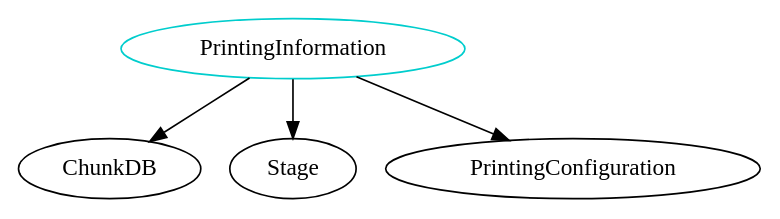
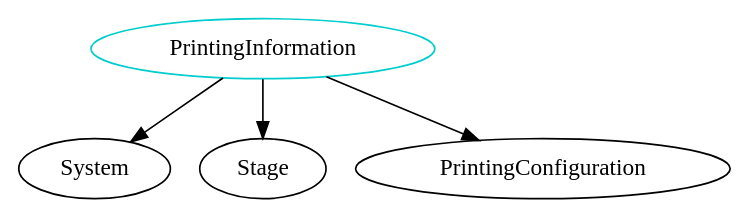
The diagram in analysis/TypeDependencyGraphs/printers/PrintingInformation.dot (JacquesCarette/Drasil), drawn with Graphviz before and after one commit. The commit also changed 674 other files, not shown here.

```diff
--- a/analysis/TypeDependencyGraphs/printers/PrintingInformation.dot
+++ b/analysis/TypeDependencyGraphs/printers/PrintingInformation.dot
@@ -1,6 +1,6 @@
 digraph printinginformation{
 PrintingInformation	[shape=oval, color=cyan3, label="PrintingInformation"];
-PrintingInformation -> ChunkDB;
+PrintingInformation -> System;
 PrintingInformation -> Stage;
 PrintingInformation -> PrintingConfiguration;
 }
```
